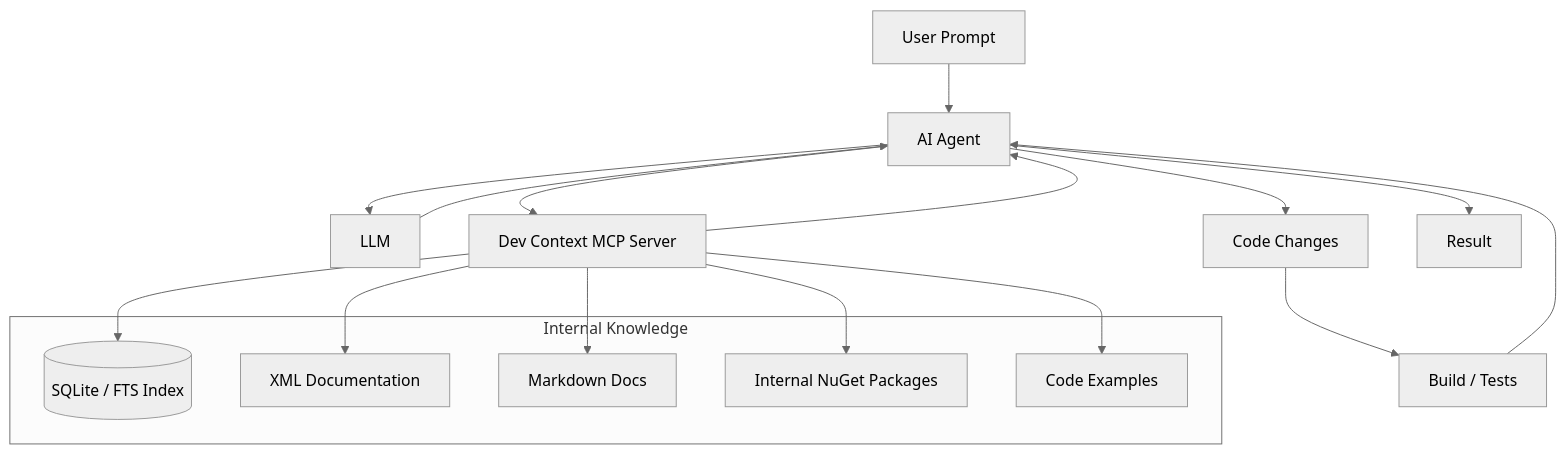
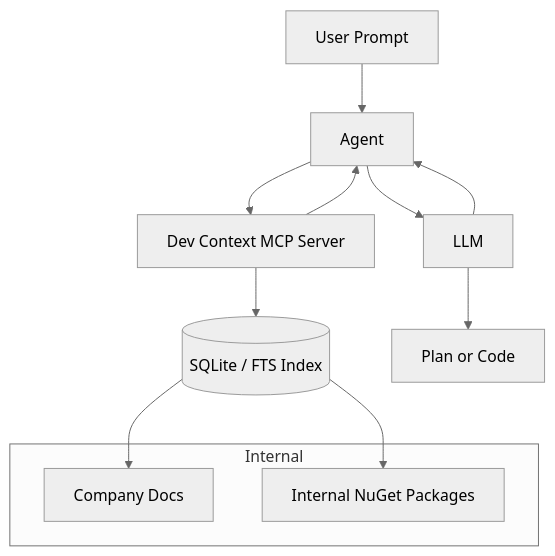
Before and after one commit to iJustHelp/dev-context-mcp-server: the second of 2 diagrams in design/theory.md, drawn with Mermaid (neutral theme). The commit also changed other lines of this file, not shown here.

````diff
--- a/design/theory.md
+++ b/design/theory.md
@@ -30,30 +34,23 @@
 ```mermaid
 flowchart TD
-    U[User Prompt] --> AGENT[AI Agent]
+    U[User Prompt] --> AGENT[Agent]
 
     AGENT --> LLM[LLM]
 
     AGENT --> MCP[Dev Context MCP Server]
 
-    subgraph Internal Knowledge
-        DB[(SQLite / FTS Index)]
-        XML[XML Documentation]
-        MD[Markdown Docs]
+    DB[(SQLite / FTS Index)]
+
+    subgraph Internal
+        MD[Company Docs]
         PKG[Internal NuGet Packages]
-        EX[Code Examples]
     end
 
     MCP --> DB
-    MCP --> XML
-    MCP --> MD
-    MCP --> PKG
-    MCP --> EX
+    DB --> MD
+    DB --> PKG
 
     LLM --> AGENT
     MCP --> AGENT
-
-    AGENT --> CODE[Code Changes]
-    CODE --> BUILD[Build / Tests]
-    BUILD --> AGENT
-    AGENT --> RESULT[Result]
+    LLM --> RESULT[Plan or Code]
 ```
````
